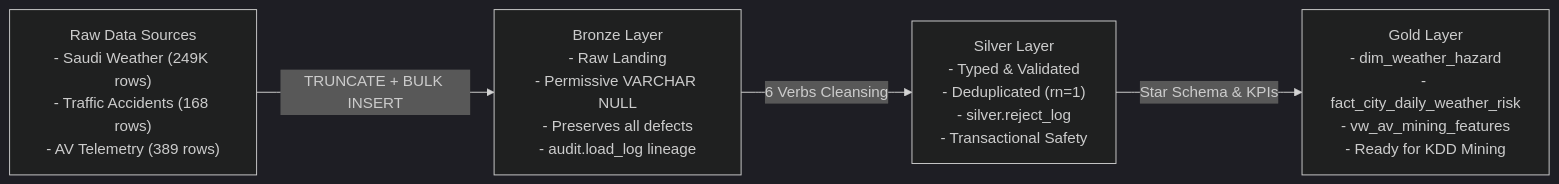
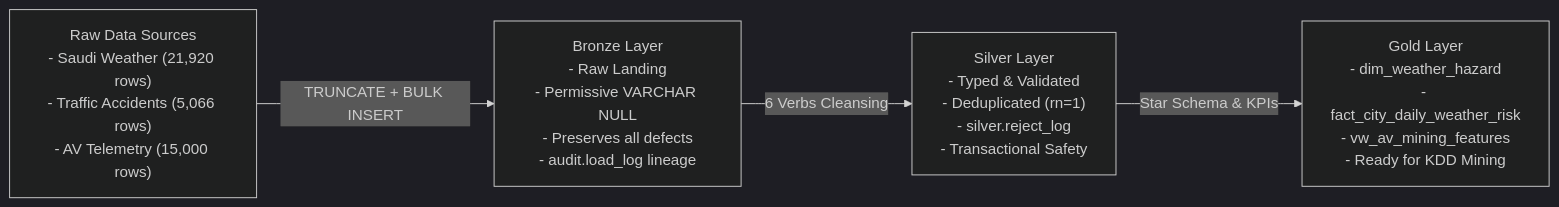
Before and after one commit to farahatsaafan/AV-Ready-Saudi: the diagram in README.md, drawn with Mermaid (dark theme). The commit also changed other lines of this file and 5 other files, not shown here.

Commit message:
feat(bronze): rebuild bronze schema, automated batch procedure and validation for 3 core Saudi AV datasets

````diff
--- a/README.md
+++ b/README.md
@@ -21,23 +21,23 @@
 ```mermaid
 flowchart LR
     A["Raw Data Sources
-- Saudi Weather (249K rows)
-- Traffic Accidents (168 rows)
-- AV Telemetry (389 rows)"] -->|TRUNCATE + BULK INSERT| B["Bronze Layer
+- Saudi Weather (21,920 rows)
+- Traffic Accidents (5,066 rows)
+- AV Telemetry (15,000 rows)"] -->|TRUNCATE + BULK INSERT| B["Bronze Layer
 - Raw Landing
 - Permissive VARCHAR NULL
 - Preserves all defects
 - audit.load_log lineage"]
     
     B -->|6 Verbs Cleansing| C["Silver Layer
 - Typed & Validated
 - Deduplicated (rn=1)
 - silver.reject_log
 - Transactional Safety"]
     
     C -->|Star Schema & KPIs| D["Gold Layer
 - dim_weather_hazard
 - fact_city_daily_weather_risk
 - vw_av_mining_features
 - Ready for KDD Mining"]
 ```
````
